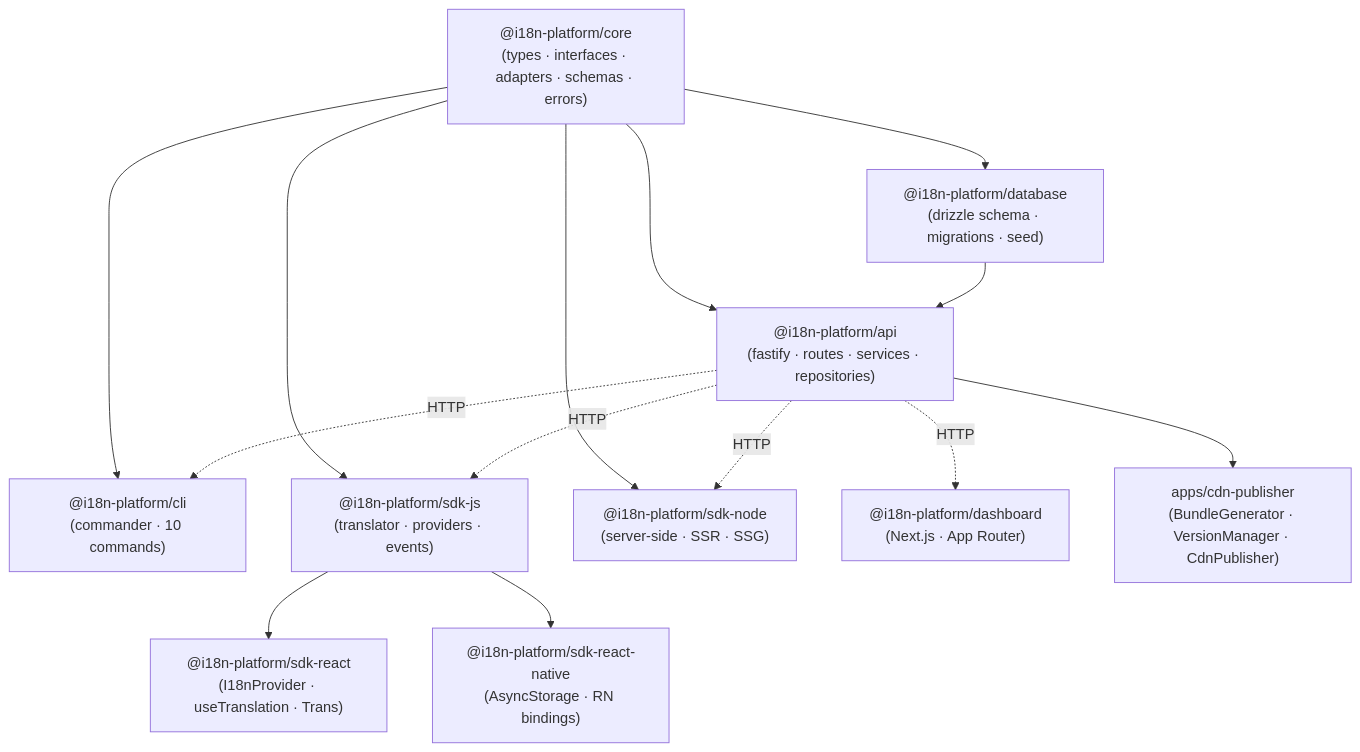
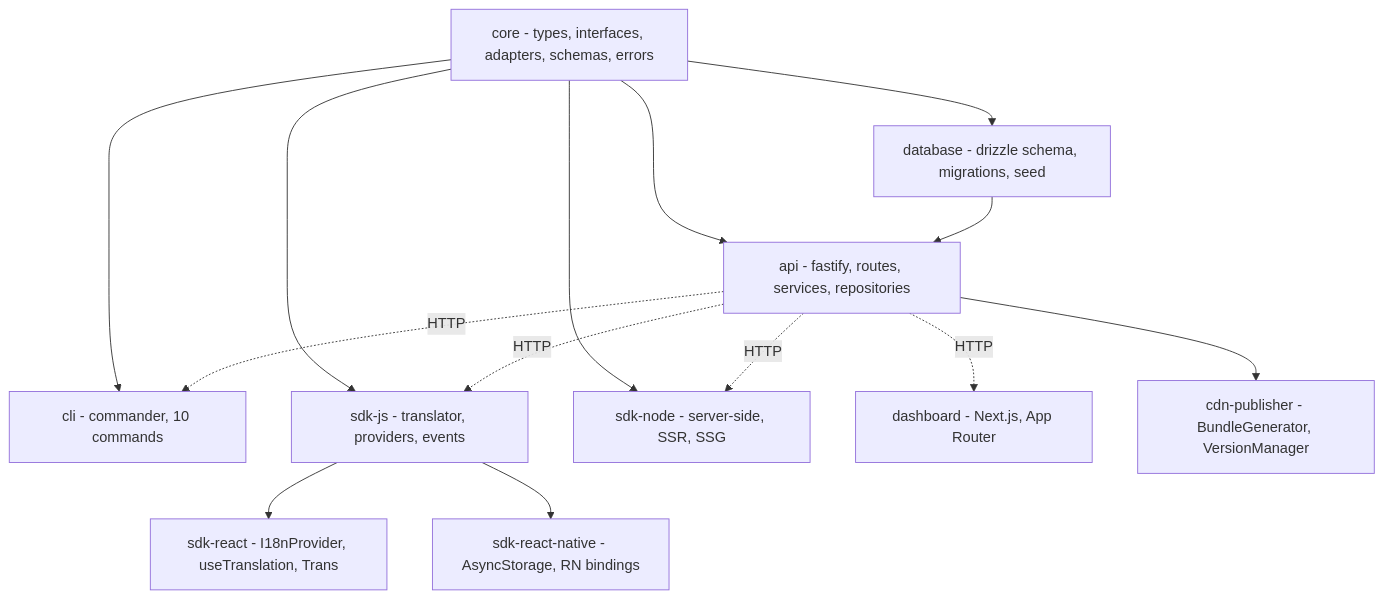
The first of 7 diagrams in docs/LLD.md (ayush-jadaun/i18n), drawn with Mermaid before and after one commit. The commit also changed other lines of this file and 1 other file, not shown here.

Commit message:
fix: repair Mermaid diagrams in HLD and LLD for GitHub rendering

````diff
--- a/docs/LLD.md
+++ b/docs/LLD.md
@@ -23,27 +23,27 @@
 ```mermaid
 graph TD
-    CORE["@i18n-platform/core<br/>(types · interfaces · adapters · schemas · errors)"]
-    DB["@i18n-platform/database<br/>(drizzle schema · migrations · seed)"]
-    API["@i18n-platform/api<br/>(fastify · routes · services · repositories)"]
-    CLI["@i18n-platform/cli<br/>(commander · 10 commands)"]
-    SDKJS["@i18n-platform/sdk-js<br/>(translator · providers · events)"]
-    SDKREACT["@i18n-platform/sdk-react<br/>(I18nProvider · useTranslation · Trans)"]
-    SDKNODE["@i18n-platform/sdk-node<br/>(server-side · SSR · SSG)"]
-    SDKRN["@i18n-platform/sdk-react-native<br/>(AsyncStorage · RN bindings)"]
-    DASH["@i18n-platform/dashboard<br/>(Next.js · App Router)"]
-    CDN["apps/cdn-publisher<br/>(BundleGenerator · VersionManager · CdnPublisher)"]
+    CORE[core - types, interfaces, adapters, schemas, errors]
+    DB[database - drizzle schema, migrations, seed]
+    API[api - fastify, routes, services, repositories]
+    CLI[cli - commander, 10 commands]
+    SDKJS[sdk-js - translator, providers, events]
+    SDKREACT[sdk-react - I18nProvider, useTranslation, Trans]
+    SDKNODE[sdk-node - server-side, SSR, SSG]
+    SDKRN[sdk-react-native - AsyncStorage, RN bindings]
+    DASH[dashboard - Next.js, App Router]
+    CDN[cdn-publisher - BundleGenerator, VersionManager]
 
     CORE --> DB
     CORE --> API
     CORE --> CLI
     CORE --> SDKJS
     CORE --> SDKNODE
     DB --> API
     API --> CDN
     SDKJS --> SDKREACT
     SDKJS --> SDKRN
     API -.->|HTTP| DASH
     API -.->|HTTP| CLI
     API -.->|HTTP| SDKJS
     API -.->|HTTP| SDKNODE
 ```
````
